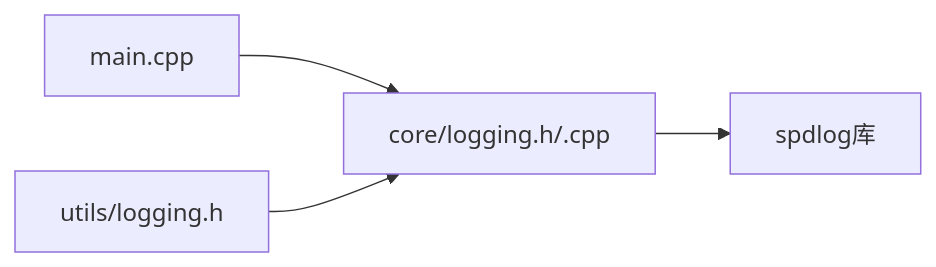
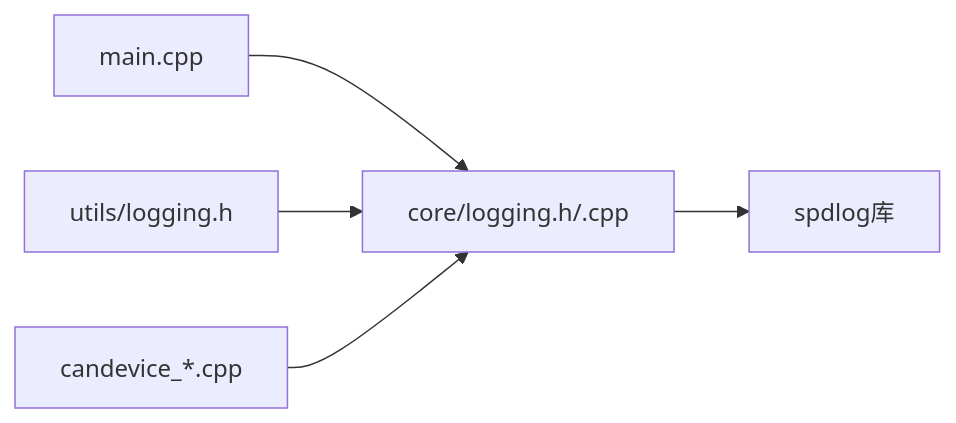
One commit to jakecai1225-design/OpenBus changed the fourth of 4 diagrams in .qoder/repowiki/zh/content/核心模块详解/日志系统.md. Above: the diagram before and after it, drawn with Mermaid. The commit also changed other lines of this file and 15 other files, not shown here.

````diff
--- a/.qoder/repowiki/zh/content/核心模块详解/日志系统.md
+++ b/.qoder/repowiki/zh/content/核心模块详解/日志系统.md
@@ -188,6 +252,7 @@
 ```mermaid
 graph LR
 M["main.cpp"] --> L["core/logging.h/.cpp"]
 L --> S["spdlog库"]
 U["utils/logging.h"] --> L
+C["candevice_*.cpp"] --> L
 ```
````
